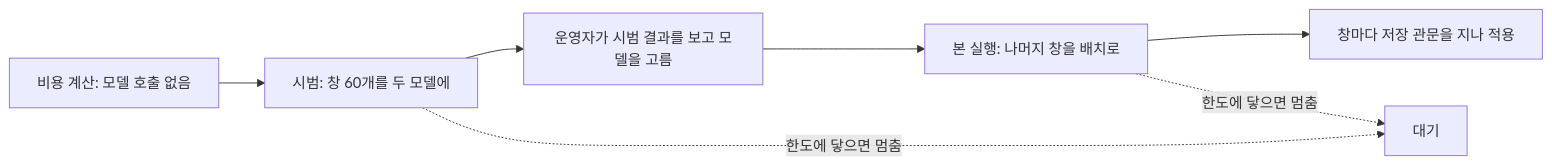
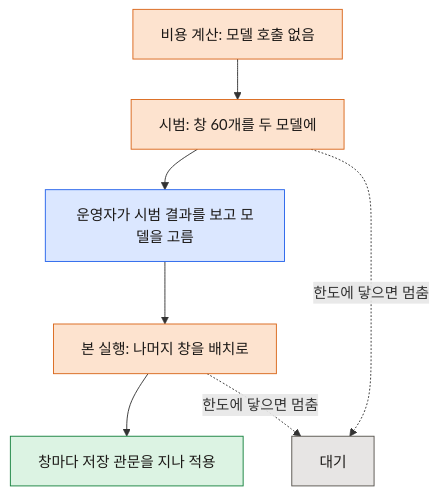
The diagram in docs/architecture/memory.md (kim0040/masamong2), drawn with Mermaid before and after one commit. The commit also changed other lines of this file and 3 other files, not shown here.

Commit message:
docs: the memory pipeline is a D2 diagram with light and dark renderings; the backfill flow runs top-down in the shared palette

````diff
--- a/docs/architecture/memory.md
+++ b/docs/architecture/memory.md
@@ -234,9 +198,20 @@
 ```mermaid
-flowchart LR
+%%{init: {"flowchart": {"curve": "basis", "nodeSpacing": 36, "rankSpacing": 44}}}%%
+flowchart TB
   A["비용 계산: 모델 호출 없음"] --> B["시범: 창 60개를 두 모델에"]
   B --> C["운영자가 시범 결과를 보고 모델을 고름"]
   C --> D["본 실행: 나머지 창을 배치로"]
   D --> E["창마다 저장 관문을 지나 적용"]
   B -. "한도에 닿으면 멈춤" .-> S["대기"]
   D -. "한도에 닿으면 멈춤" .-> S
+
+  classDef entry fill:#dbe7ff,stroke:#2563eb,color:#1c1917
+  classDef core fill:#fde3cf,stroke:#d9661a,color:#1c1917
+  classDef memory fill:#dcf3e3,stroke:#15803d,color:#1c1917
+  classDef external fill:#ebe2fd,stroke:#7c3aed,color:#1c1917
+  classDef store fill:#e7e5e4,stroke:#57534e,color:#1c1917
+  class C entry
+  class A,B,D core
+  class E memory
+  class S store
 ```
````
